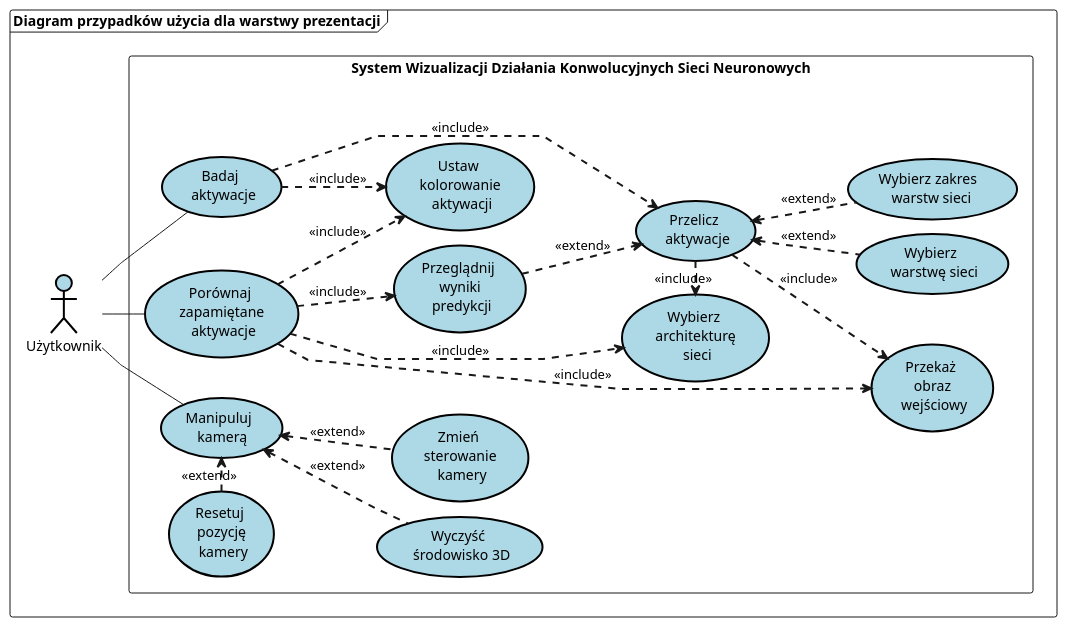
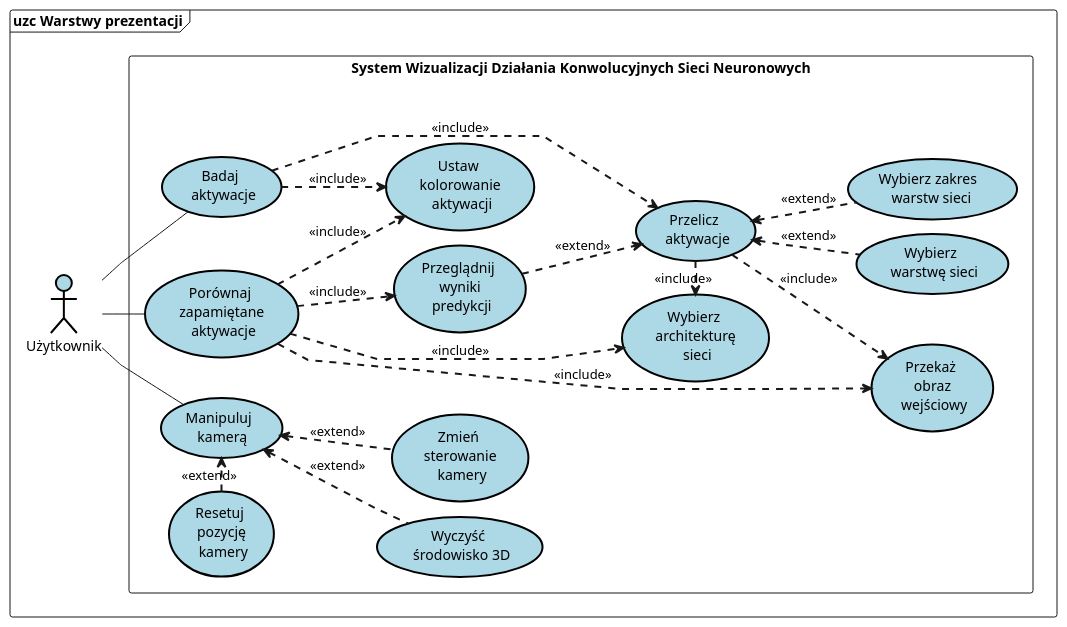
One commit to ForNeus57/Vimi changed the diagram in documentation/diagrams/usecases.puml. Above: the diagram before and after it, drawn with PlantUML. The commit also changed 19 other files, not shown here.

Commit message:
Updated diagrams

```diff
--- a/documentation/diagrams/usecases.puml
+++ b/documentation/diagrams/usecases.puml
@@ -1,52 +1,52 @@
 @startuml
 
-frame DiagramFrame as "Diagram przypadków użycia dla warstwy prezentacji" {
+frame DiagramFrame as "uzc Warstwy prezentacji" {
   actor "Użytkownik" as u #lightblue;line:black;line.bold;text:black
 
   skinparam linetype polyline
   skinparam nodesep 15
   skinparam ranksep 20
   left to right direction
 
   rectangle SWDSK as "System Wizualizacji Działania Konwolucyjnych Sieci Neuronowych" {
 
     usecase "Wybierz \n warstwę sieci" as wybierz_warstwę_sieci #lightblue;line:black;line.bold;text:black
     usecase "Wybierz zakres \n warstw sieci" as wybierz_zakres_warstw_sieci #lightblue;line:black;line.bold;text:black
     usecase "Wybierz \n architekturę \n sieci" as wybierz_architekturę_sieci #lightblue;line:black;line.bold;text:black
     usecase "Przekaż \n obraz \n wejściowy" as przekaż_obraz_wejściowy #lightblue;line:black;line.bold;text:black
     usecase "Przeglądnij \n wyniki \n predykcji" as przeglądnij_wyniki_predykcji #lightblue;line:black;line.bold;text:black
     usecase "Przelicz \n aktywacje" as przelicz_aktywacje #lightblue;line:black;line.bold;text:black
     usecase "Ustaw \n kolorowanie \n aktywacji" as ustaw_kolorowanie_aktywacji #lightblue;line:black;line.bold;text:black
     usecase "Manipuluj \n kamerą" as manipuluj_kamerą #lightblue;line:black;line.bold;text:black
     usecase "Porównaj \n zapamiętane \n aktywacje" as porównaj_zapamiętane_aktywacje #lightblue;line:black;line.bold;text:black
     usecase "Resetuj \n pozycję \n kamery" as resetuj_pozycję_kamery #lightblue;line:black;line.bold;text:black
     usecase "Wyczyść \n środowisko 3D" as wyczyść_środowisko_3d #lightblue;line:black;line.bold;text:black
     usecase "Zmień \n sterowanie \n kamery" as zmień_sterowanie_kamery #lightblue;line:black;line.bold;text:black
     usecase "Badaj \n aktywacje" as badaj_aktywacje #lightblue;line:black;line.bold;text:black
 
   }
 
   u -- manipuluj_kamerą
   manipuluj_kamerą <-[dashed;thickness=2]left- resetuj_pozycję_kamery : <<extend>>
   manipuluj_kamerą <-[dashed;thickness=2]- wyczyść_środowisko_3d : <<extend>>
   manipuluj_kamerą <-[dashed;thickness=2]- zmień_sterowanie_kamery : <<extend>>
 
   u -- badaj_aktywacje
   badaj_aktywacje -[dashed;thickness=2]-> ustaw_kolorowanie_aktywacji : <<include>>
   badaj_aktywacje -[dashed;thickness=2]-> przelicz_aktywacje : <<include>>
 
   przelicz_aktywacje <-[dashed;thickness=2]down- wybierz_warstwę_sieci : <<extend>>
   przelicz_aktywacje <-[dashed;thickness=2]down- wybierz_zakres_warstw_sieci : <<extend>>
   przelicz_aktywacje -[dashed;thickness=2]down-> przekaż_obraz_wejściowy : <<include>>
   przelicz_aktywacje <-[dashed;thickness=2]up- przeglądnij_wyniki_predykcji : <<extend>>
   przelicz_aktywacje -[dashed;thickness=2]right-> wybierz_architekturę_sieci : <<include>>
 
   u -- porównaj_zapamiętane_aktywacje
   porównaj_zapamiętane_aktywacje -[dashed;thickness=2]down-> przekaż_obraz_wejściowy : <<include>>
   porównaj_zapamiętane_aktywacje -[dashed;thickness=2]-> przeglądnij_wyniki_predykcji : <<include>>
   porównaj_zapamiętane_aktywacje -[dashed;thickness=2]-> wybierz_architekturę_sieci : <<include>>
   porównaj_zapamiętane_aktywacje -[dashed;thickness=2]-> ustaw_kolorowanie_aktywacji : <<include>>
 
 }
 
 @enduml
```
